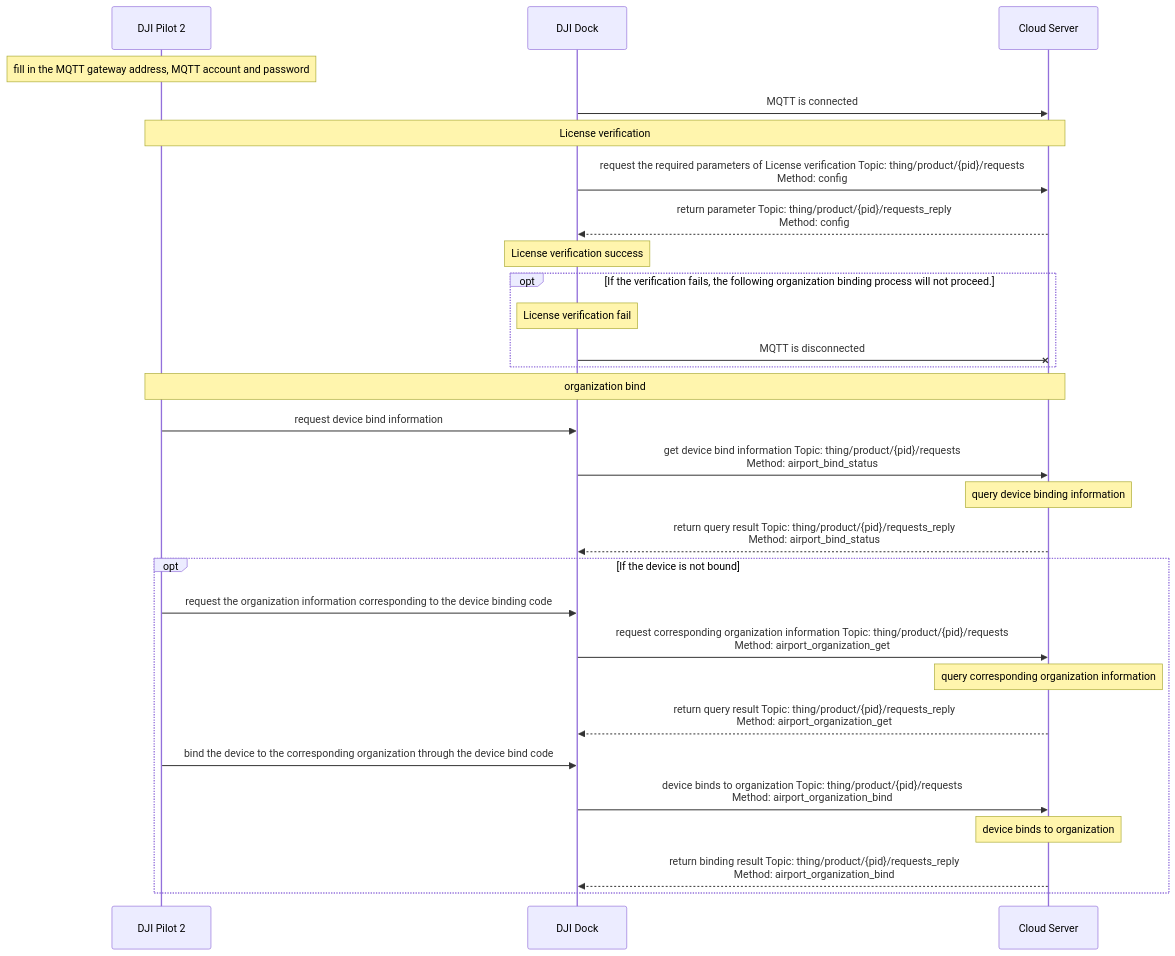
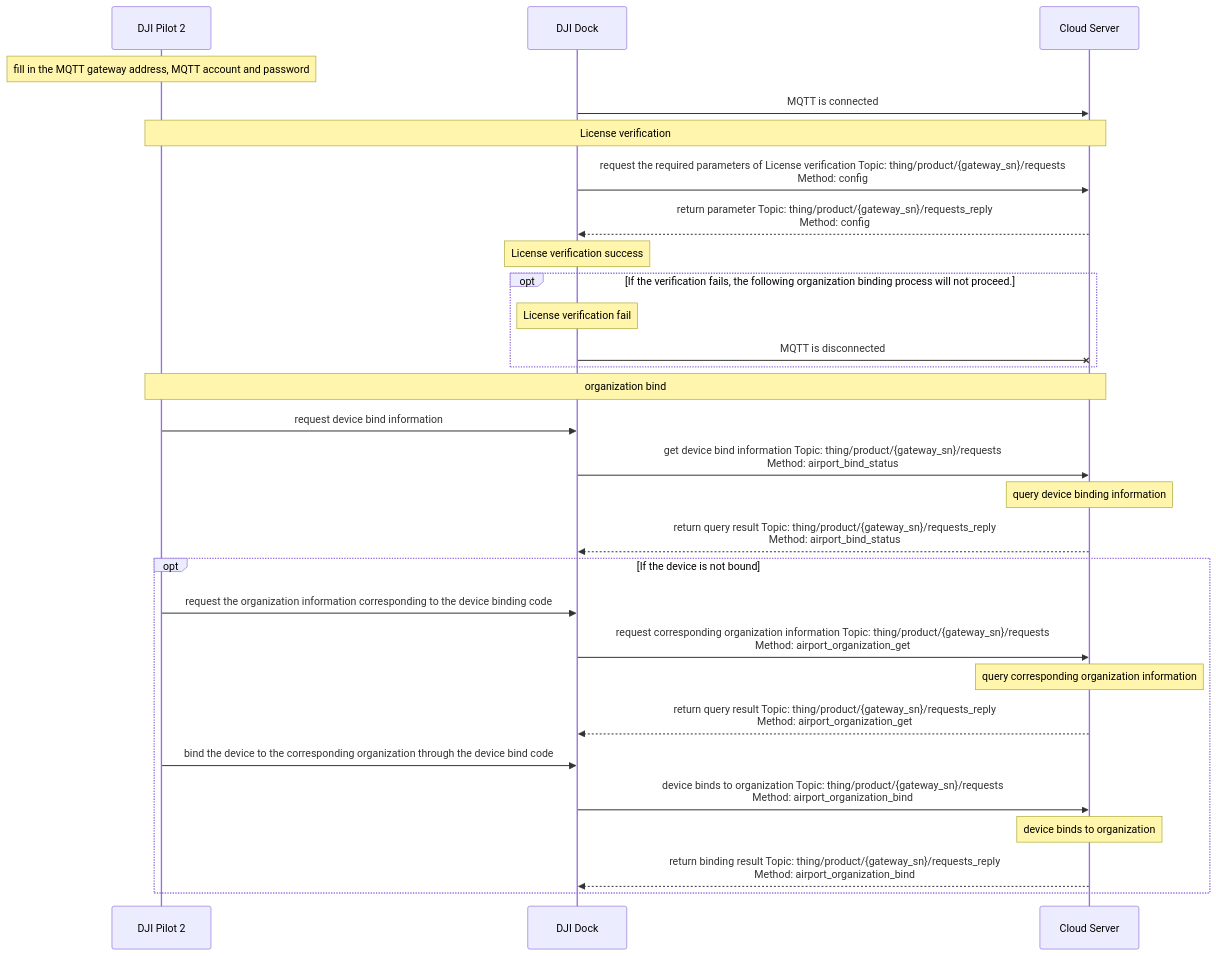
Before and after one commit to dji-sdk/Cloud-API-Doc: the diagram in docs/en/30.feature-set/20.dock-feature-set/10.dock-access-to-cloud.md, drawn with Mermaid. The commit also changed 72 other files, not shown here.

````diff
--- a/docs/en/30.feature-set/20.dock-feature-set/10.dock-access-to-cloud.md
+++ b/docs/en/30.feature-set/20.dock-feature-set/10.dock-access-to-cloud.md
@@ -22,37 +22,37 @@
 ```mermaid
 sequenceDiagram
 participant pilot as DJI Pilot 2
 participant client as DJI Dock
 participant server as Cloud Server
 
 note over pilot: fill in the MQTT gateway address, MQTT account and password
 client ->> server: MQTT is connected
 
 note over pilot, server: License verification
 
-client ->> server: request the required parameters of License verification Topic: thing/product/{pid}/requests<br/>Method: config
-server -->> client: return parameter Topic: thing/product/{pid}/requests_reply<br/>Method: config
+client ->> server: request the required parameters of License verification Topic: thing/product/{gateway_sn}/requests<br/>Method: config
+server -->> client: return parameter Topic: thing/product/{gateway_sn}/requests_reply<br/>Method: config
 
 note over client: License verification success
 opt If the verification fails, the following organization binding process will not proceed.
     note over client: License verification fail 
     client -x server: MQTT is disconnected
 end
 
 note over pilot, server: organization bind
 pilot ->> client: request device bind information
-client ->> server: get device bind information Topic: thing/product/{pid}/requests<br/>Method: airport_bind_status
+client ->> server: get device bind information Topic: thing/product/{gateway_sn}/requests<br/>Method: airport_bind_status
 note over server: query device binding information
-server -->> client: return query result Topic: thing/product/{pid}/requests_reply<br/>Method: airport_bind_status
+server -->> client: return query result Topic: thing/product/{gateway_sn}/requests_reply<br/>Method: airport_bind_status
 
 opt If the device is not bound
 pilot ->> client: request the organization information corresponding to the device binding code
-client ->> server: request corresponding organization information Topic: thing/product/{pid}/requests<br/>Method: airport_organization_get
+client ->> server: request corresponding organization information Topic: thing/product/{gateway_sn}/requests<br/>Method: airport_organization_get
 note over server: query corresponding organization information
-server -->> client: return query result Topic: thing/product/{pid}/requests_reply<br/>Method: airport_organization_get
+server -->> client: return query result Topic: thing/product/{gateway_sn}/requests_reply<br/>Method: airport_organization_get
 pilot ->> client: bind the device to the corresponding organization through the device bind code
-client ->> server: device binds to organization Topic: thing/product/{pid}/requests<br/>Method: airport_organization_bind
+client ->> server: device binds to organization Topic: thing/product/{gateway_sn}/requests<br/>Method: airport_organization_bind
 note over server: device binds to organization
-server -->> client: return binding result Topic: thing/product/{pid}/requests_reply<br/>Method: airport_organization_bind
+server -->> client: return binding result Topic: thing/product/{gateway_sn}/requests_reply<br/>Method: airport_organization_bind
 end
 ```
````
